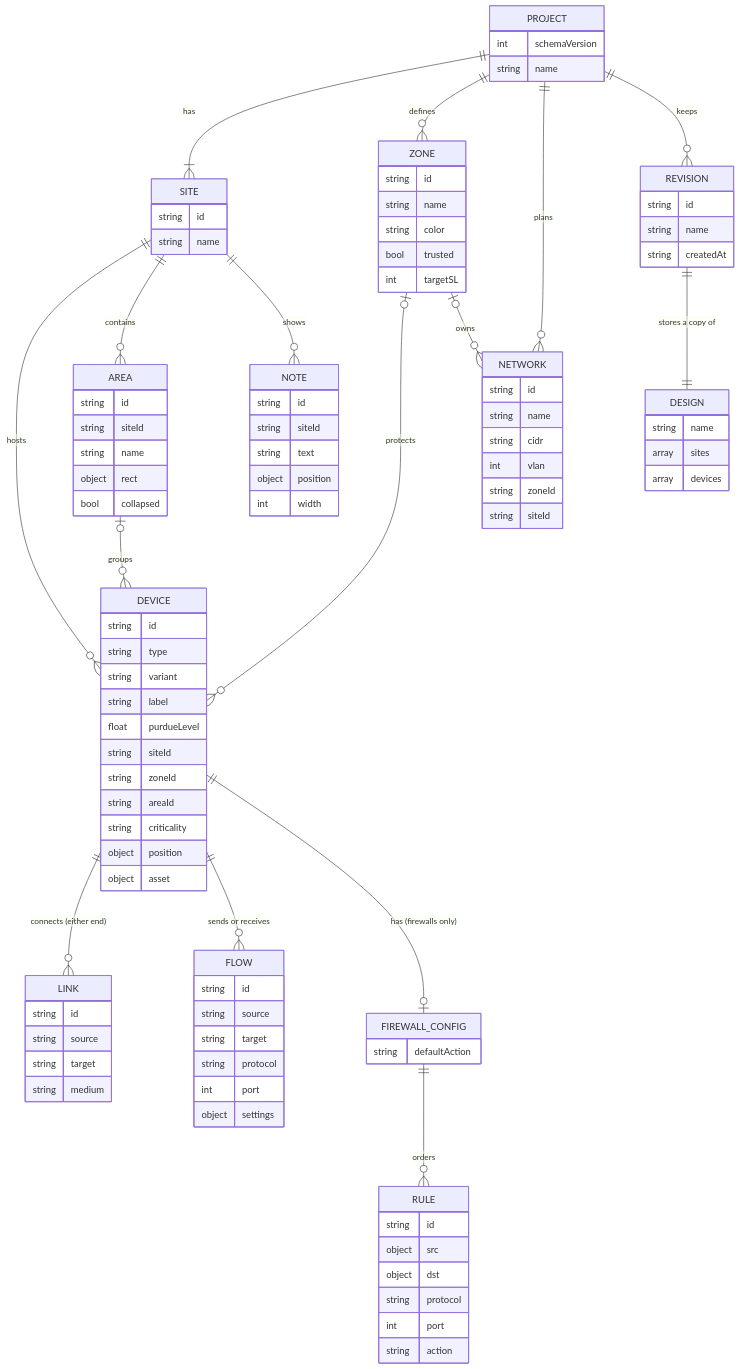
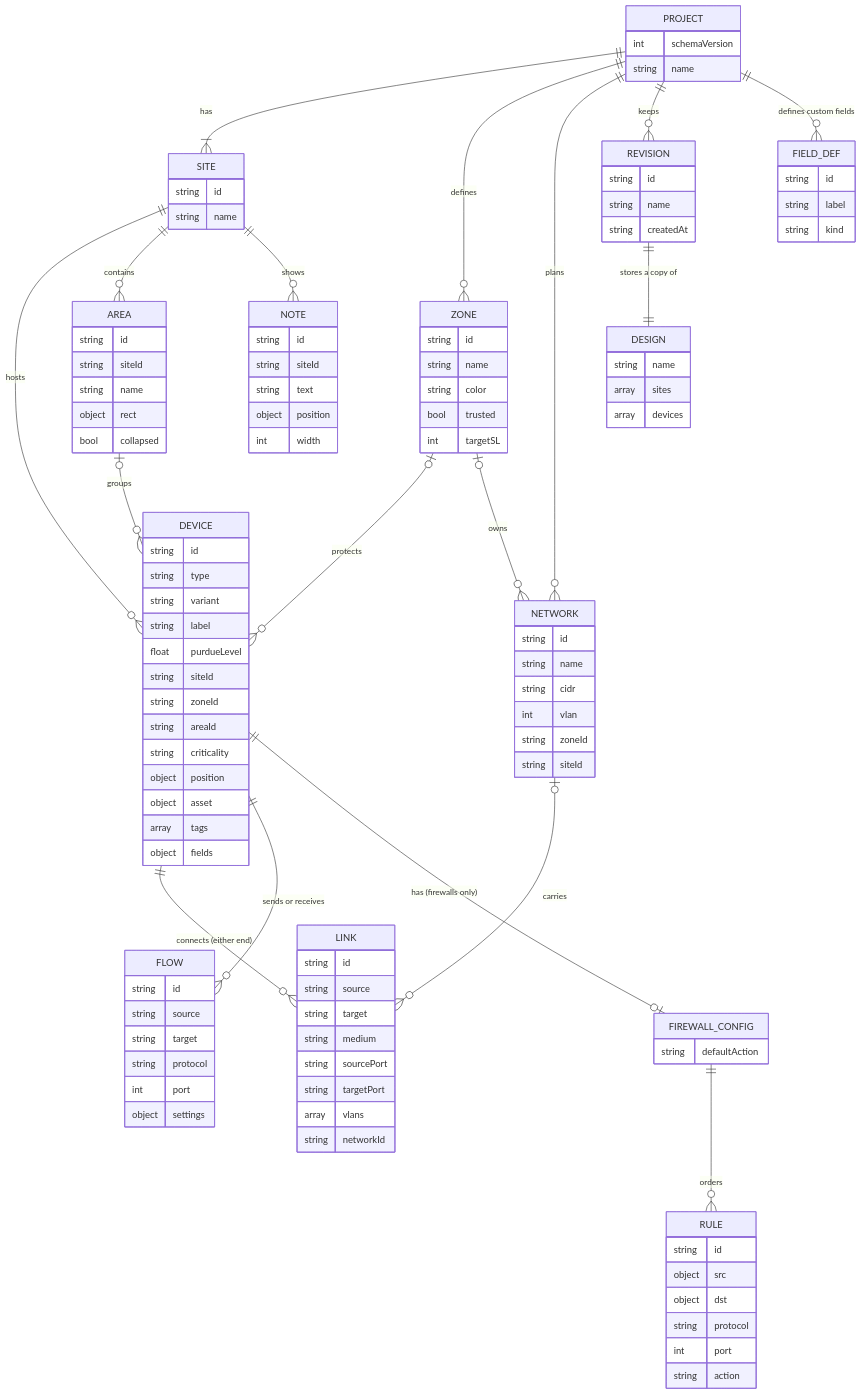
Before and after one commit to vijaykumargowdakk/ReSecArc: diagram 11 of 31 in README.md, drawn with Mermaid. The commit also changed other lines of this file and 20 other files, not shown here.

Commit message:
Schema v4: link ports, VLANs and networks, bend points, locking, device tags and custom fields

```diff
--- a/README.md
+++ b/README.md
@@ -471,6 +471,8 @@
     PROJECT ||--o{ ZONE : defines
     PROJECT ||--o{ NETWORK : plans
     PROJECT ||--o{ REVISION : keeps
+    PROJECT ||--o{ FIELD_DEF : "defines custom fields"
+    NETWORK |o--o{ LINK : carries
     SITE ||--o{ DEVICE : hosts
     SITE ||--o{ AREA : contains
     SITE ||--o{ NOTE : shows
@@ -503,12 +505,18 @@
         string criticality
         object position
         object asset
+        array tags
+        object fields
     }
     LINK {
         string id
         string source
         string target
         string medium
+        string sourcePort
+        string targetPort
+        array vlans
+        string networkId
     }
     FLOW {
         string id
@@ -563,6 +571,11 @@
         string name
         string createdAt
     }
+    FIELD_DEF {
+        string id
+        string label
+        string kind
+    }
     DESIGN {
         string name
         array sites
```
